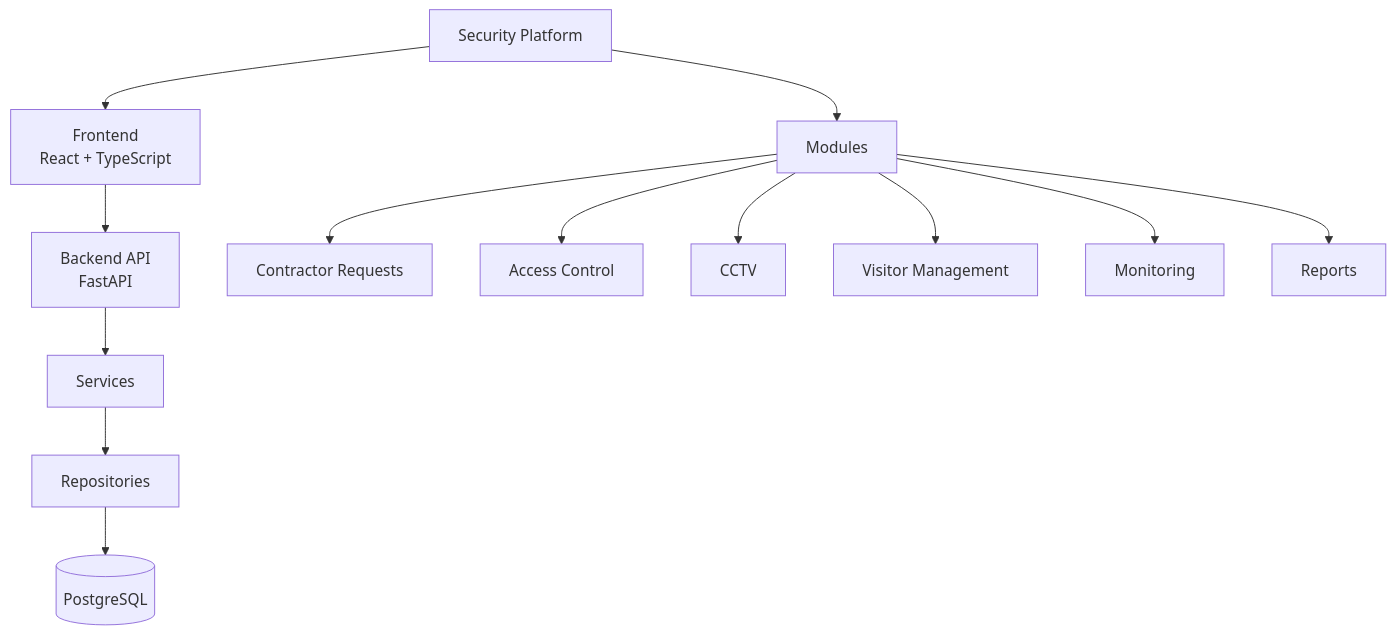
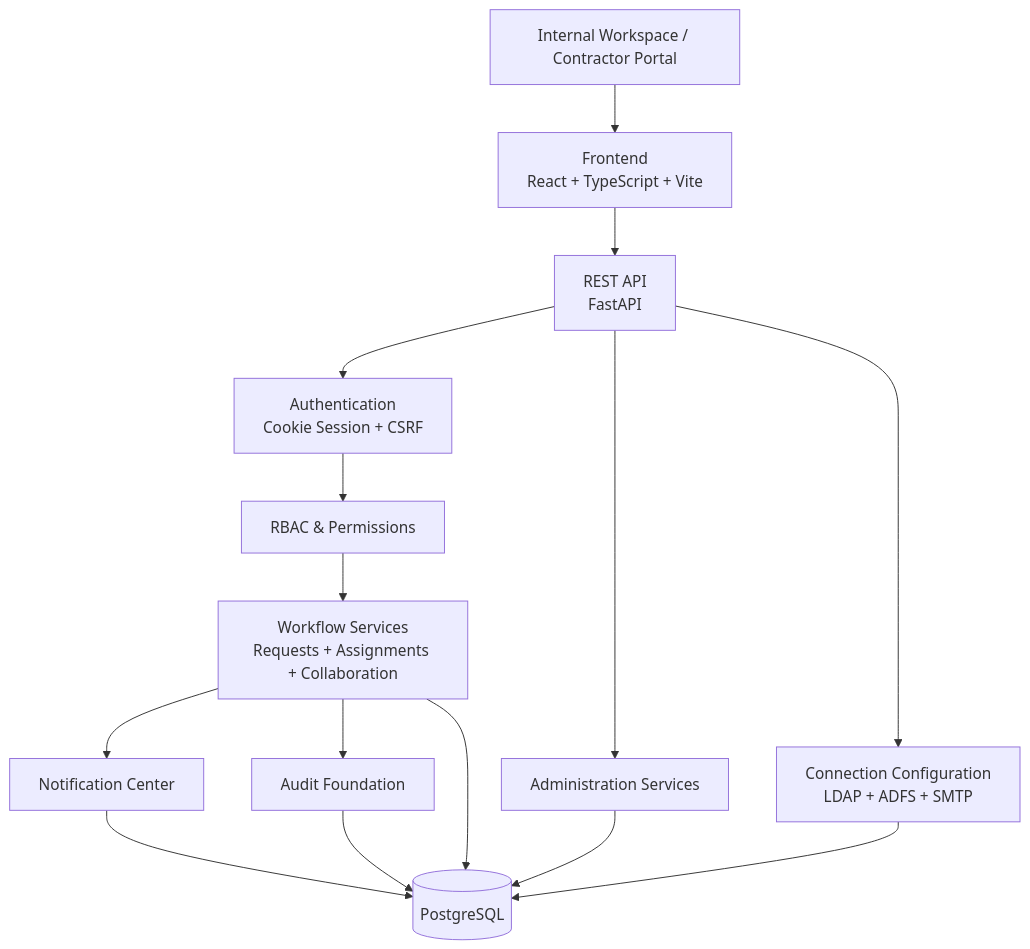
Before and after one commit to Villeust/security-platform: the first of 3 diagrams in README.md, drawn with Mermaid. The commit also changed other lines of this file and 9 other files, not shown here.

Commit message:
feat: add platform workflow engine foundation

````diff
--- a/README.md
+++ b/README.md
@@ -42,23 +70,17 @@
 ```mermaid
 flowchart TD
-    SP[Security Platform]
-    FE[Frontend<br/>React + TypeScript]
-    API[Backend API<br/>FastAPI]
-    SVC[Services]
-    REP[Repositories]
-    DB[(PostgreSQL)]
-
-    SP --> FE
-    FE --> API
-    API --> SVC
-    SVC --> REP
-    REP --> DB
-
-    SP --> MOD[Modules]
-    MOD --> CR[Contractor Requests]
-    MOD --> AC[Access Control]
-    MOD --> CCTV[CCTV]
-    MOD --> VM[Visitor Management]
-    MOD --> MON[Monitoring]
-    MOD --> RPT[Reports]
+    Browser[Internal Workspace / Contractor Portal] --> Frontend[Frontend<br/>React + TypeScript + Vite]
+    Frontend --> API[REST API<br/>FastAPI]
+    API --> Auth[Authentication<br/>Cookie Session + CSRF]
+    Auth --> RBAC[RBAC & Permissions]
+    RBAC --> Workflows[Workflow Services<br/>Requests + Assignments + Collaboration]
+    Workflows --> Notifications[Notification Center]
+    Workflows --> Audit[Audit Foundation]
+    API --> Admin[Administration Services]
+    API --> Integrations[Connection Configuration<br/>LDAP + ADFS + SMTP]
+    Notifications --> DB[(PostgreSQL)]
+    Audit --> DB
+    Admin --> DB
+    Workflows --> DB
+    Integrations --> DB
 ```
````
